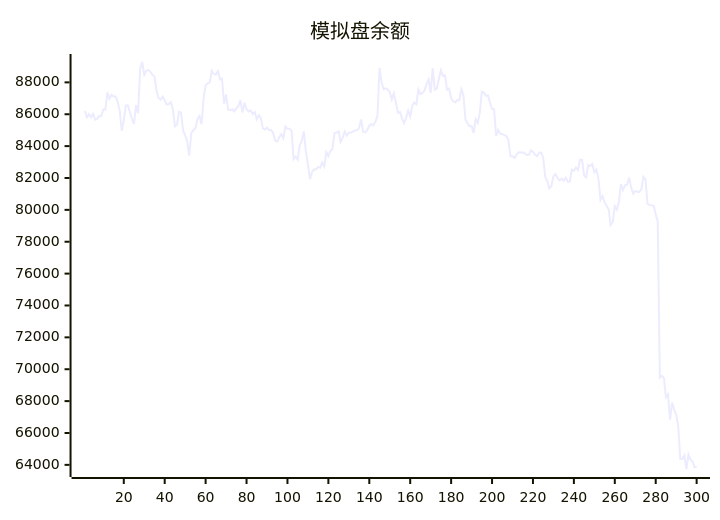
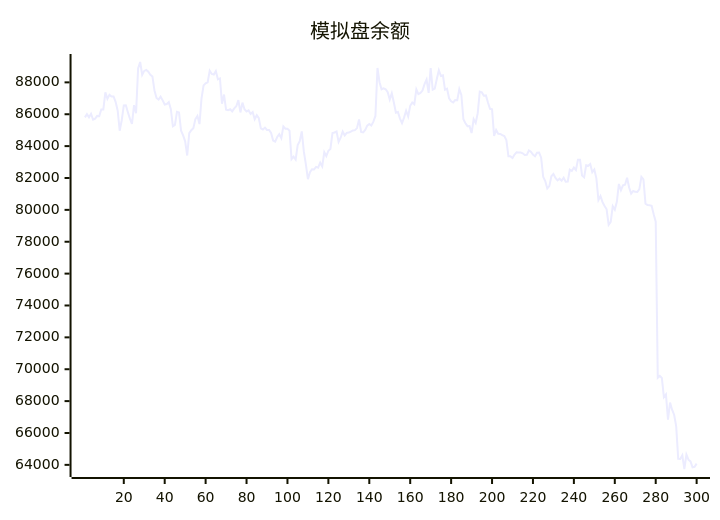
The diagram in README.md (aahl/ai-trading), drawn with Mermaid before and after one commit. The commit also changed other lines of this file and 1 other file, not shown here.

````diff
--- a/README.md
+++ b/README.md
@@ -5,5 +5,5 @@
 ```mermaid
 xychart
     title "模拟盘余额"
-    line [86203,85802,86003,85811,86028,85657,85721,85896,85880,86300,86299,87378,86965,87214,87115,87118,86780,86238,84966,85623,86555,86562,86129,85722,85387,86569,86070,88870,89278,88477,88720,88781,88668,88467,88372,87493,87018,86917,87102,86870,86613,86644,86758,86317,85242,85334,86149,86106,84968,84671,84302,83410,84816,85001,85127,85693,85891,85384,87001,87811,87945,88007,88734,88528,88495,88705,88189,88248,86662,87234,86279,86251,86314,86177,86364,86503,86886,86114,86731,86310,86176,86240,86017,86136,85685,85938,85749,85111,85044,85164,85016,85008,84824,84354,84287,84572,84745,84500,85234,85096,85095,84970,83180,83338,83157,84070,84309,84922,83667,82850,81924,82369,82552,82539,82695,82648,82962,82728,83619,83378,83710,83825,84819,84854,84917,84265,84527,84919,84668,84834,84850,84916,84981,85004,85131,85674,84891,84864,85019,85284,85393,85294,85538,85894,88904,88012,87567,87625,87568,87386,86920,87313,86737,86094,86143,85725,85437,85787,86219,85859,86526,86740,86630,87563,87264,87335,87483,87886,88180,87335,88894,87544,87608,88207,88755,88401,88444,87543,87608,87000,86810,86740,86894,86884,87576,87209,85686,85435,85251,85255,84820,85689,85453,86066,87420,87373,87161,87178,86740,86341,86315,84643,85012,84772,84768,84690,84635,84376,83360,83357,83259,83474,83608,83606,83602,83548,83440,83454,83724,83644,83464,83365,83590,83592,83275,82072,81806,81344,81492,82109,82254,82006,81848,81955,81829,82022,81769,81776,82522,82441,82656,82498,83144,83144,82150,82038,82797,82763,82872,82367,82536,81981,80612,80862,80484,80242,80034,79063,79245,80226,80016,80507,81625,81233,81544,81578,82016,81401,81019,81186,81130,81118,81306,82066,81909,80392,80304,80291,80258,79729,79261,69466,69579,69456,68251,68415,66832,67911,67462,67144,66432,64380,64375,64606,63740,64647,64324,64216,63842,63877]
+    line [85802,86003,85811,86028,85657,85721,85896,85880,86300,86299,87378,86965,87214,87115,87118,86780,86238,84966,85623,86555,86562,86129,85722,85387,86569,86070,88870,89278,88477,88720,88781,88668,88467,88372,87493,87018,86917,87102,86870,86613,86644,86758,86317,85242,85334,86149,86106,84968,84671,84302,83410,84816,85001,85127,85693,85891,85384,87001,87811,87945,88007,88734,88528,88495,88705,88189,88248,86662,87234,86279,86251,86314,86177,86364,86503,86886,86114,86731,86310,86176,86240,86017,86136,85685,85938,85749,85111,85044,85164,85016,85008,84824,84354,84287,84572,84745,84500,85234,85096,85095,84970,83180,83338,83157,84070,84309,84922,83667,82850,81924,82369,82552,82539,82695,82648,82962,82728,83619,83378,83710,83825,84819,84854,84917,84265,84527,84919,84668,84834,84850,84916,84981,85004,85131,85674,84891,84864,85019,85284,85393,85294,85538,85894,88904,88012,87567,87625,87568,87386,86920,87313,86737,86094,86143,85725,85437,85787,86219,85859,86526,86740,86630,87563,87264,87335,87483,87886,88180,87335,88894,87544,87608,88207,88755,88401,88444,87543,87608,87000,86810,86740,86894,86884,87576,87209,85686,85435,85251,85255,84820,85689,85453,86066,87420,87373,87161,87178,86740,86341,86315,84643,85012,84772,84768,84690,84635,84376,83360,83357,83259,83474,83608,83606,83602,83548,83440,83454,83724,83644,83464,83365,83590,83592,83275,82072,81806,81344,81492,82109,82254,82006,81848,81955,81829,82022,81769,81776,82522,82441,82656,82498,83144,83144,82150,82038,82797,82763,82872,82367,82536,81981,80612,80862,80484,80242,80034,79063,79245,80226,80016,80507,81625,81233,81544,81578,82016,81401,81019,81186,81130,81118,81306,82066,81909,80392,80304,80291,80258,79729,79261,69466,69579,69456,68251,68415,66832,67911,67462,67144,66432,64380,64375,64606,63740,64647,64324,64216,63842,63877,64078]
 ```
````
